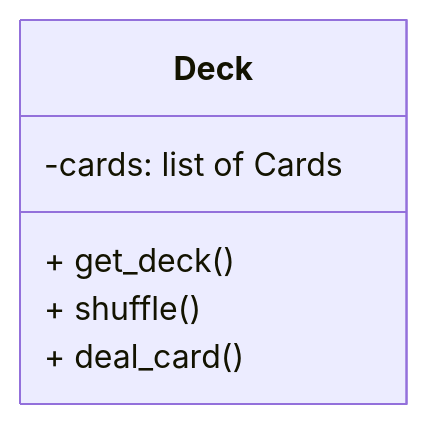
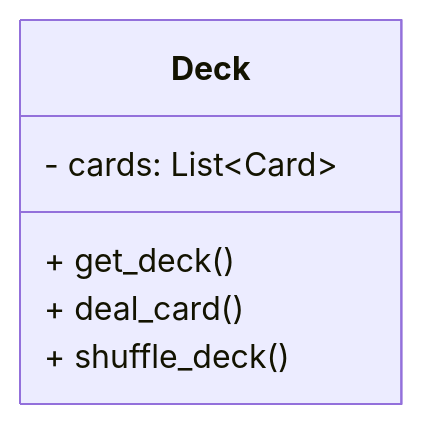
One commit to isf-dp-cs/isf-dp-cs.github.io changed the fourth of 6 diagrams in content/new_syllabus/unit_03_oop/01_aggregation/_index.md. Above: the diagram before and after it, drawn with Mermaid. The commit also changed other lines of this file and 1 other file, not shown here.

```diff
--- a/content/new_syllabus/unit_03_oop/01_aggregation/_index.md
+++ b/content/new_syllabus/unit_03_oop/01_aggregation/_index.md
@@ -178,9 +198,9 @@
 {{< mermaid >}}
 classDiagram
     class Deck {
-		-cards: list of Cards
+        - cards: List~Card~
         + get_deck()
-        + shuffle()
         + deal_card()
+      + shuffle_deck()
     }
 {{< /mermaid >}}
```
